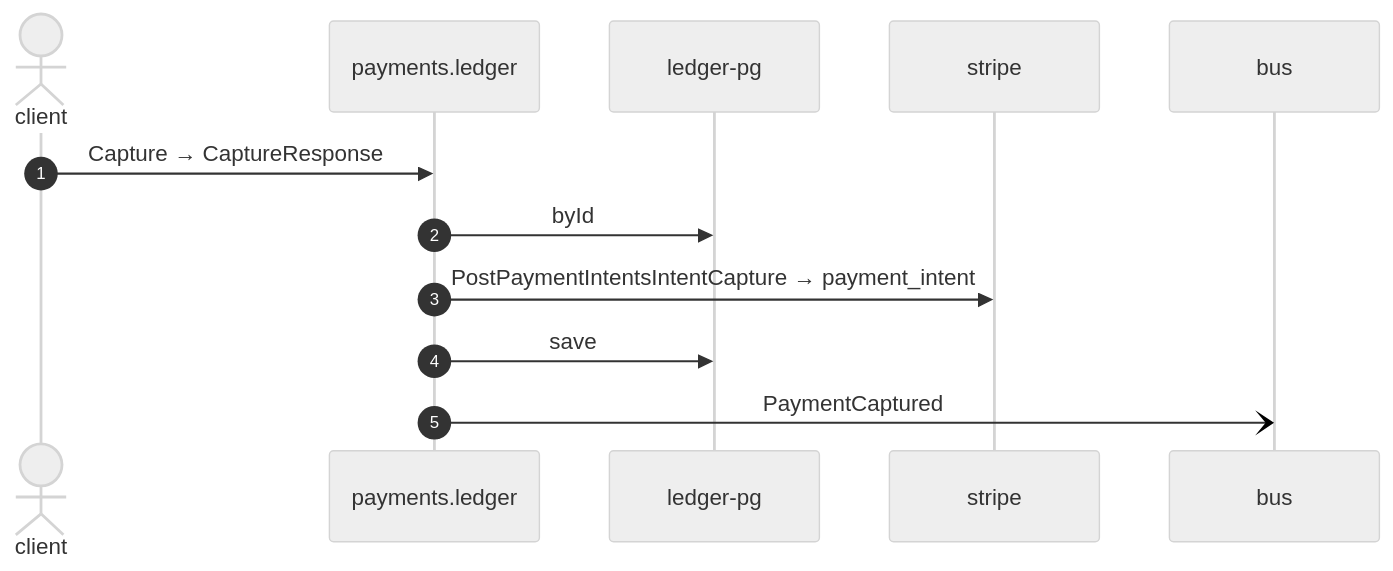
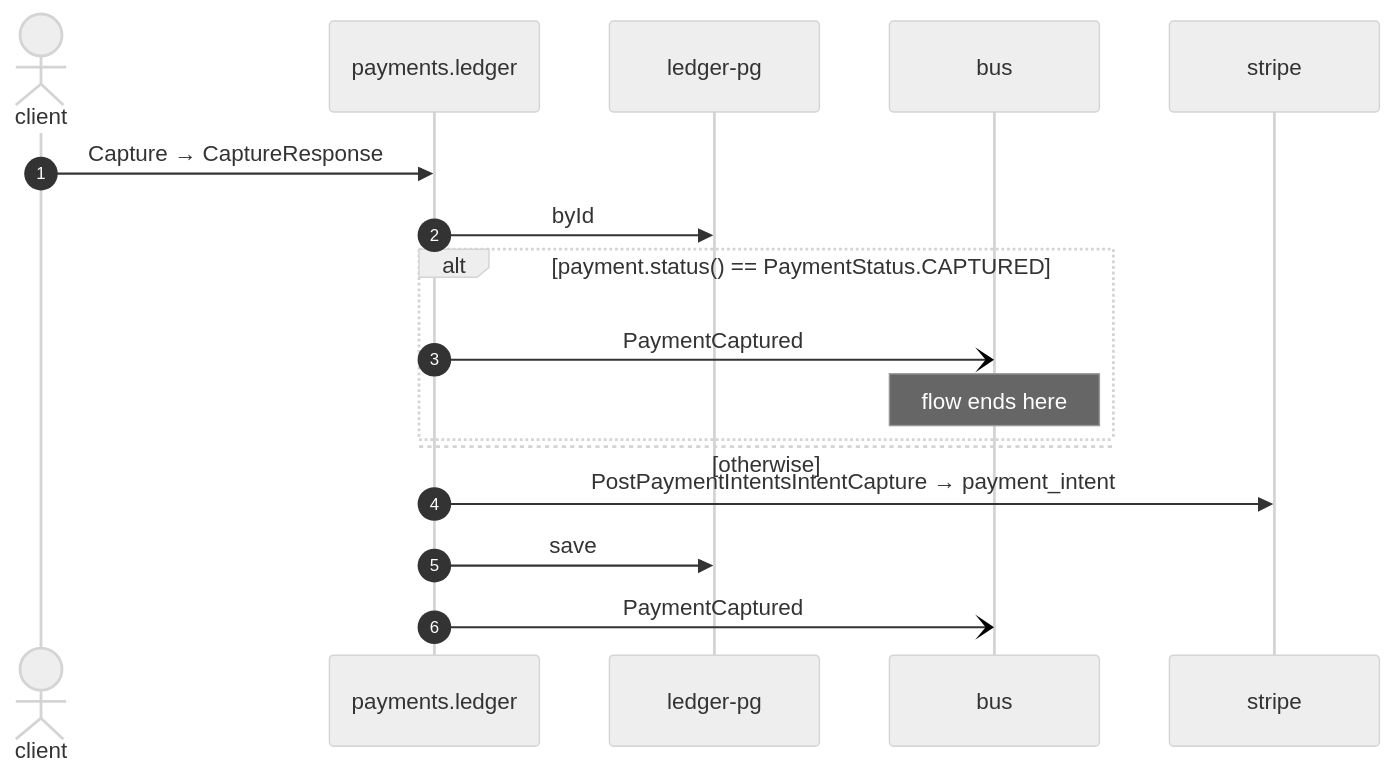
The diagram in exports/mermaid/example/ledger-capture.mmd (shortlink-org/portolan), drawn with Mermaid (neutral theme) before and after one commit. The commit also changed 28 other files, not shown here.

First line of the commit message:
fix(ledger): a repeated capture says PaymentCaptured again (ledger.0004)

```diff
--- a/exports/mermaid/example/ledger-capture.mmd
+++ b/exports/mermaid/example/ledger-capture.mmd
@@ -1,12 +1,17 @@
 sequenceDiagram
     autonumber
     actor p0 as client
     participant p1 as payments.ledger
     participant p2 as ledger-pg
-    participant p3 as stripe
-    participant p4 as bus
+    participant p3 as bus
+    participant p4 as stripe
     p0->>p1: Capture → CaptureResponse
     p1->>p2: byId
-    p1->>p3: PostPaymentIntentsIntentCapture → payment_intent
+    alt payment.status() == PaymentStatus.CAPTURED
+        p1-)p3: PaymentCaptured
+        Note over p3: flow ends here
+    else otherwise
+    end
+    p1->>p4: PostPaymentIntentsIntentCapture → payment_intent
     p1->>p2: save
-    p1-)p4: PaymentCaptured
+    p1-)p3: PaymentCaptured
```
